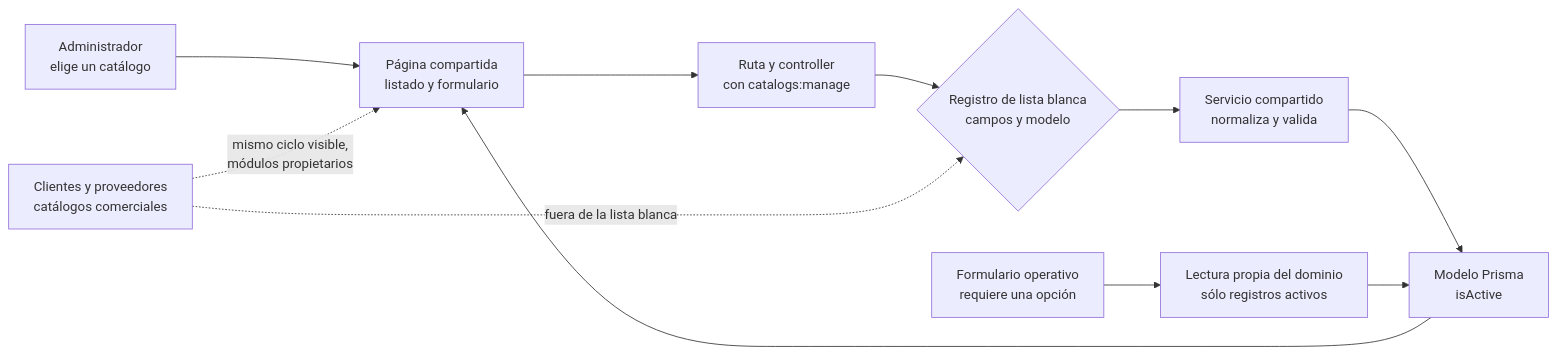
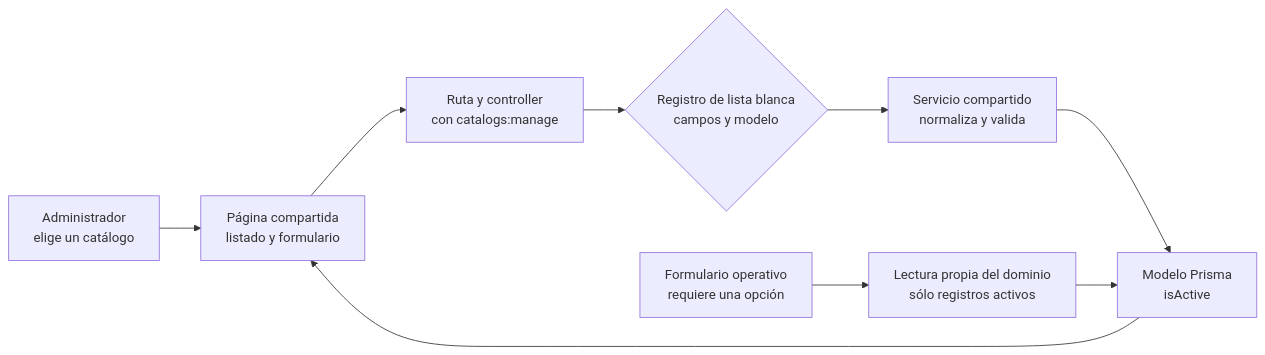
The first of 4 diagrams in docs/architecture/views/development/design-and-construction-patterns/01-registration-of-catalogs-with-checklist-allowlist.md (gpgsistemas01/nexus), drawn with Mermaid before and after one commit. The commit also changed other lines of this file and 27 other files, not shown here.

````diff
--- a/docs/architecture/views/development/design-and-construction-patterns/01-registration-of-catalogs-with-checklist-allowlist.md
+++ b/docs/architecture/views/development/design-and-construction-patterns/01-registration-of-catalogs-with-checklist-allowlist.md
@@ -80,15 +75,13 @@
 ```mermaid
 flowchart LR
     admin["Administrador<br/>elige un catálogo"] --> page["Página compartida<br/>listado y formulario"]
     page --> api["Ruta y controller<br/>con catalogs:manage"]
     api --> registry{"Registro de lista blanca<br/>campos y modelo"}
     registry --> service["Servicio compartido<br/>normaliza y valida"]
     service --> prisma["Modelo Prisma<br/>isActive"]
     prisma --> page
 
     operational["Formulario operativo<br/>requiere una opción"] --> read["Lectura propia del dominio<br/>sólo registros activos"]
     read --> prisma
 
-    commercial["Clientes y proveedores<br/>catálogos comerciales"] -.->|"mismo ciclo visible,<br/>módulos propietarios"| page
-    commercial -.->|"fuera de la lista blanca"| registry
 ```
````
